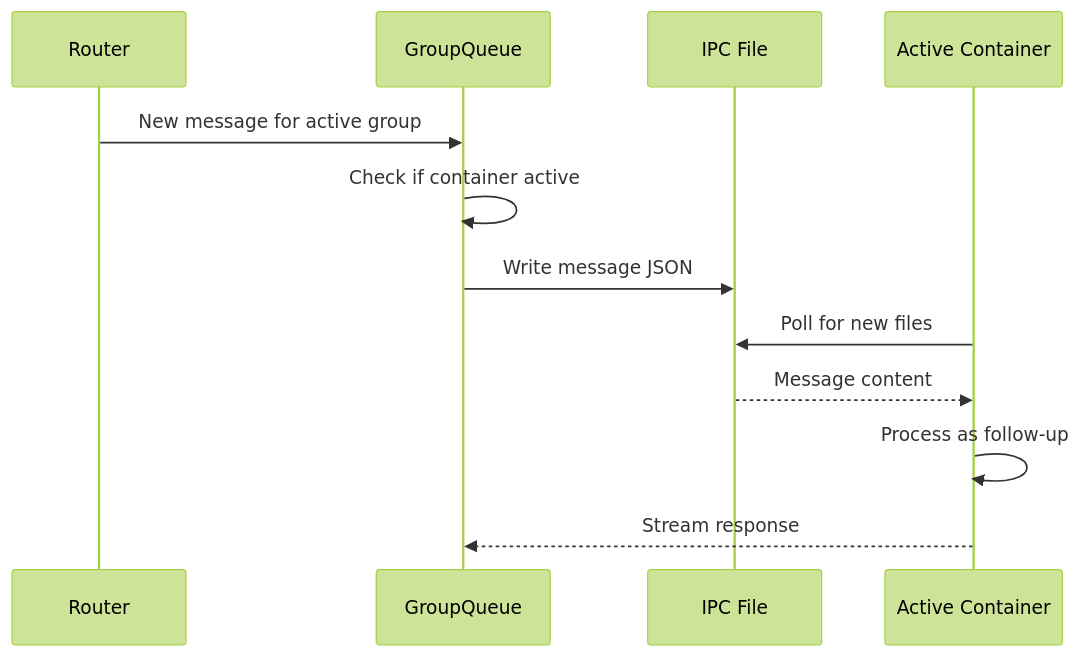
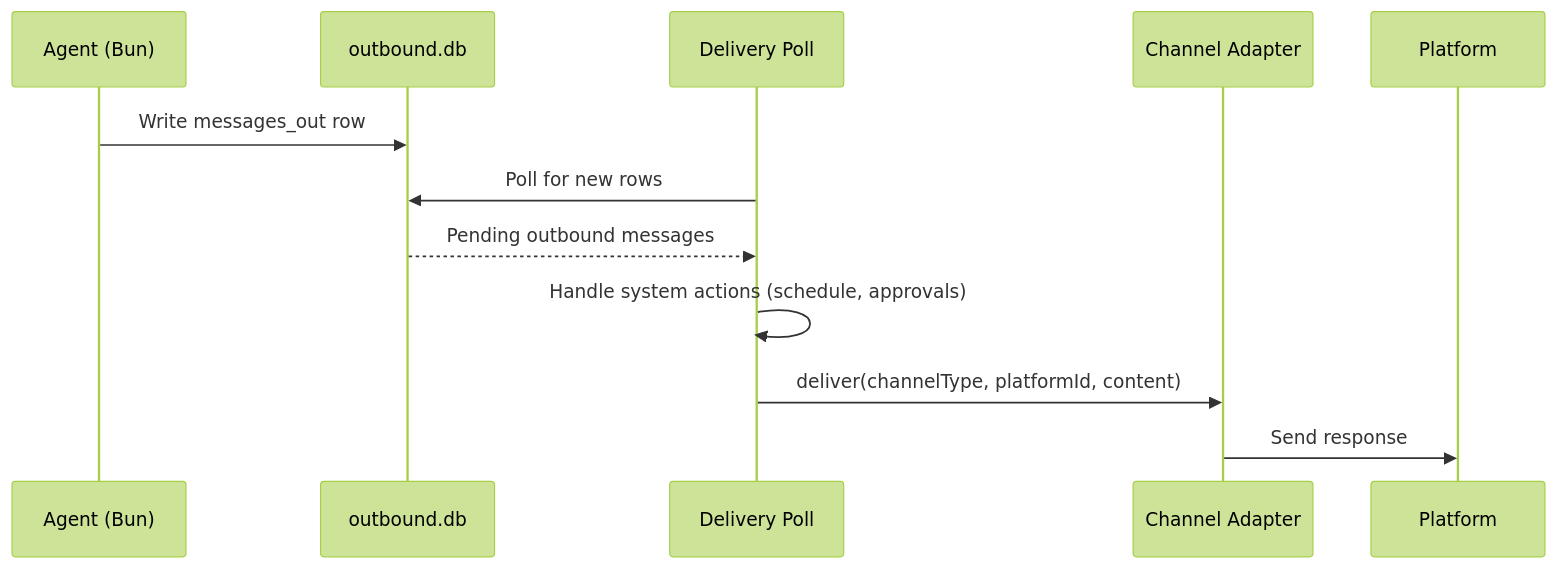
The third of 3 diagrams in concepts/architecture.mdx (glifocat/mintlify-docs), drawn with Mermaid (forest theme) before and after one commit. The commit also changed other lines of this file and 4 other files, not shown here.

First line of the commit message:
docs: update architecture, containers, IPC, and config for v2 rewrite

````diff
--- a/concepts/architecture.mdx
+++ b/concepts/architecture.mdx
@@ -191,15 +171,15 @@
 ```mermaid
 sequenceDiagram
-    participant RT as Router
-    participant GQ as GroupQueue
-    participant IPC as IPC File
-    participant AG as Active Container
-    
-    RT->>GQ: New message for active group
-    GQ->>GQ: Check if container active
-    GQ->>IPC: Write message JSON
-    AG->>IPC: Poll for new files
-    IPC-->>AG: Message content
-    AG->>AG: Process as follow-up
-    AG-->>GQ: Stream response
+    participant AG as Agent (Bun)
+    participant ODB as outbound.db
+    participant DL as Delivery Poll
+    participant CH as Channel Adapter
+    participant PL as Platform
+
+    AG->>ODB: Write messages_out row
+    DL->>ODB: Poll for new rows
+    ODB-->>DL: Pending outbound messages
+    DL->>DL: Handle system actions (schedule, approvals)
+    DL->>CH: deliver(channelType, platformId, content)
+    CH->>PL: Send response
 ```
````
